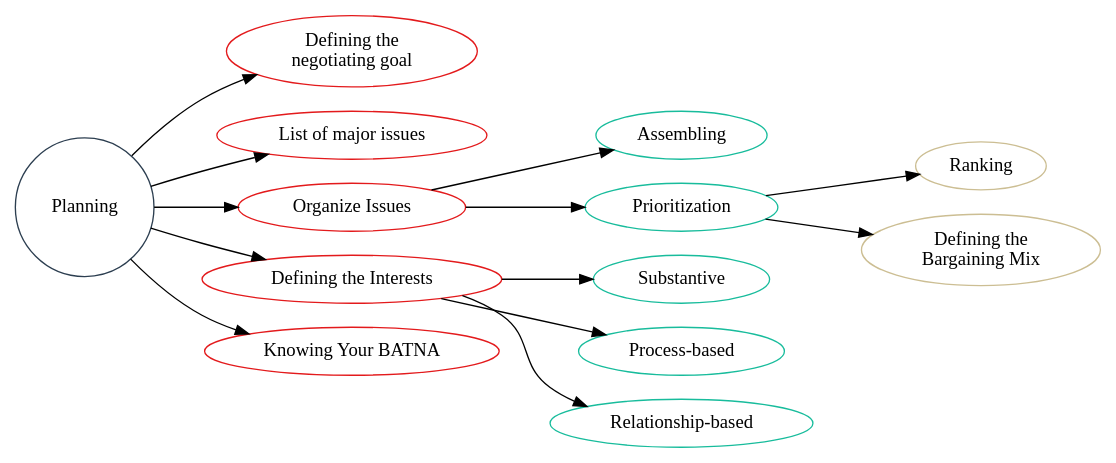
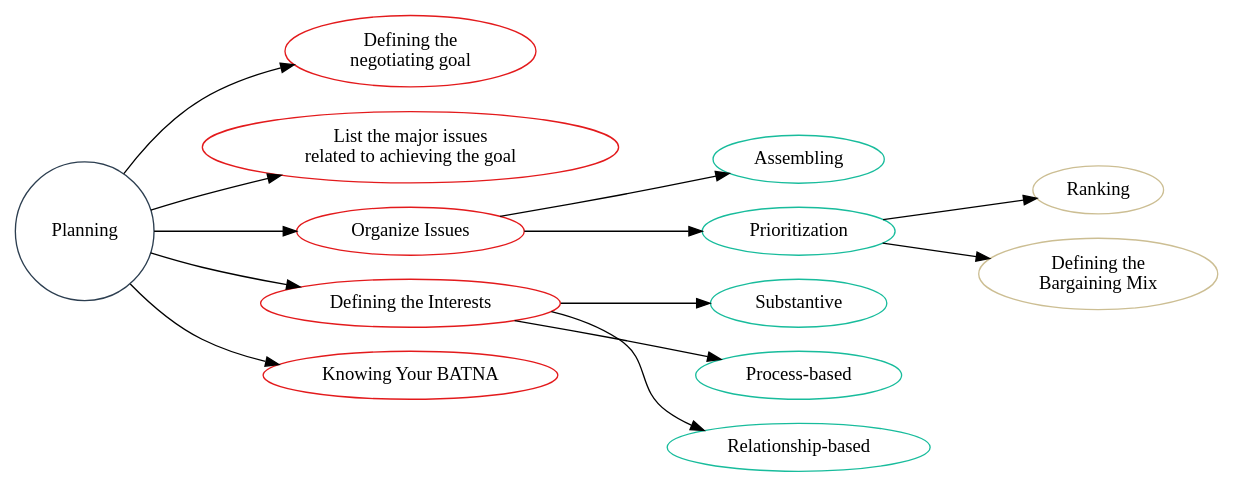
Before and after one commit to luifrancgom/conflict_neg: the third of 4 diagrams in 004_stra_plan.qmd, drawn with Graphviz. The commit also changed other lines of this file and 5 other files, not shown here.

````diff
--- a/004_stra_plan.qmd
+++ b/004_stra_plan.qmd
@@ -215,51 +214,51 @@
 ```{dot}
 //| label: fig-key-steps-planning-process-1
-//| fig-cap: Key steps in the planning process [@lewicki_negociacion_2024, Chapter 4, p 114-128]
+//| fig-cap: Key steps in the planning process [@lewicki_negociacion_2024, Chapter 4, pp. 114-128]
 //| fig-width: 4.5
 //| fig-height: 2.5
 
 digraph boxes_and_circles {
 
   graph [rankdir = LR]
 
   node [shape = circle, color = "#2C3E50"]
  
   "Planning";
 
   node [shape = oval, color = "#E31A1C"]
 
   "Defining the\nnegotiating goal";
-  "List of major issues";
+  "List the major issues\nrelated to achieving the goal";
   "Organize Issues";
   "Defining the Interests";
   "Knowing Your BATNA"
   
   node [shape = oval, color = "#18BC9C"]
   
   "Assembling";
   "Prioritization";
   "Substantive";
   "Process-based";
   "Relationship-based";
   
   node [shape = oval, color = "#CCBE93"]
   
   "Ranking";
   "Defining the\nBargaining Mix";
   
   "Planning" -> "Defining the\nnegotiating goal";
-  "Planning" -> "List of major issues";
+  "Planning" -> "List the major issues\nrelated to achieving the goal";
   "Planning" -> "Organize Issues";
   "Planning" -> "Defining the Interests";
   "Planning" -> "Knowing Your BATNA"
   
   "Organize Issues" -> "Assembling";
   "Organize Issues" -> "Prioritization";
   "Defining the Interests" -> "Substantive";
   "Defining the Interests" -> "Process-based";
   "Defining the Interests" -> "Relationship-based";
   
   "Prioritization" -> "Ranking";
   "Prioritization" -> "Defining the\nBargaining Mix";
 }
 ```
````
